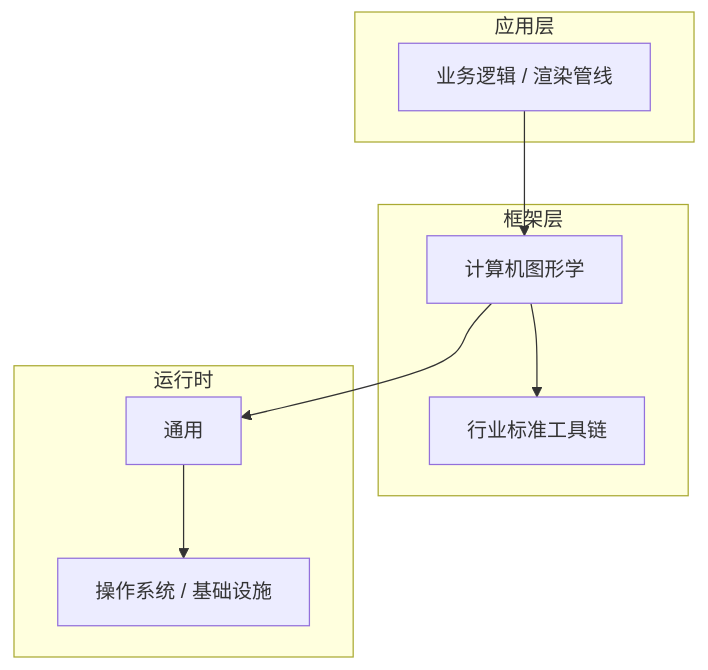
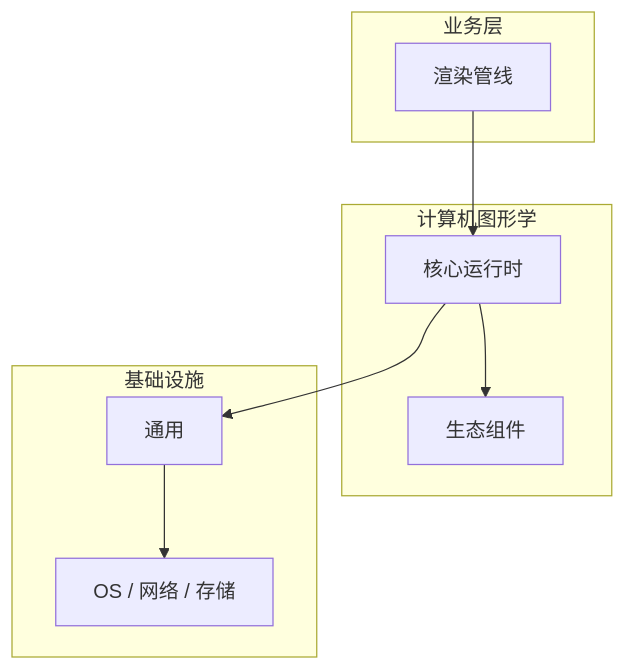
Before and after one commit to yanggan2015/knowledge-json-v2: the diagram in articles/计算机图形学/chapters/016-渲染管线核心概念与原理.md, drawn with Mermaid. The commit also changed other lines of this file and 10127 other files, not shown here.

````diff
--- a/articles/计算机图形学/chapters/016-渲染管线核心概念与原理.md
+++ b/articles/计算机图形学/chapters/016-渲染管线核心概念与原理.md
@@ -45,18 +30,18 @@
 ```mermaid
 graph TB
-    subgraph 应用层
-        A[业务逻辑 / 渲染管线]
+    subgraph 业务层
+        A[渲染管线]
     end
-    subgraph 框架层
-        B[计算机图形学]
-        C[行业标准工具链]
+    subgraph 计算机图形学
+        B[核心运行时]
+        C[生态组件]
     end
-    subgraph 运行时
+    subgraph 基础设施
         D[通用]
-        E[操作系统 / 基础设施]
+        E[OS / 网络 / 存储]
     end
     A --> B
     B --> C
     B --> D
     D --> E
 ```
````
